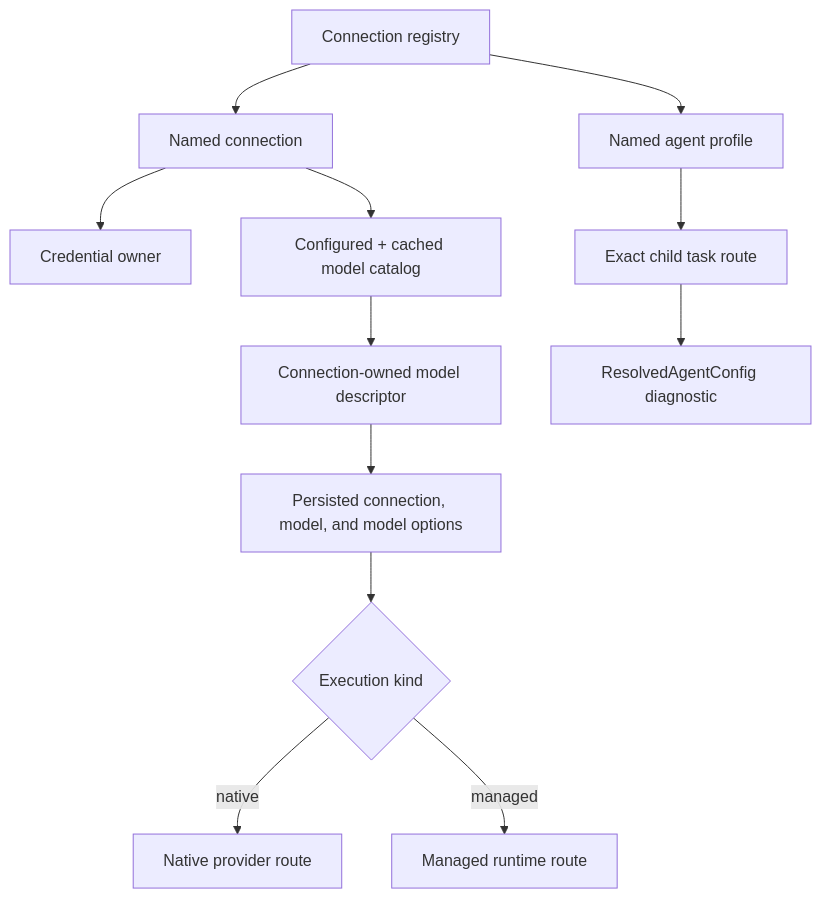
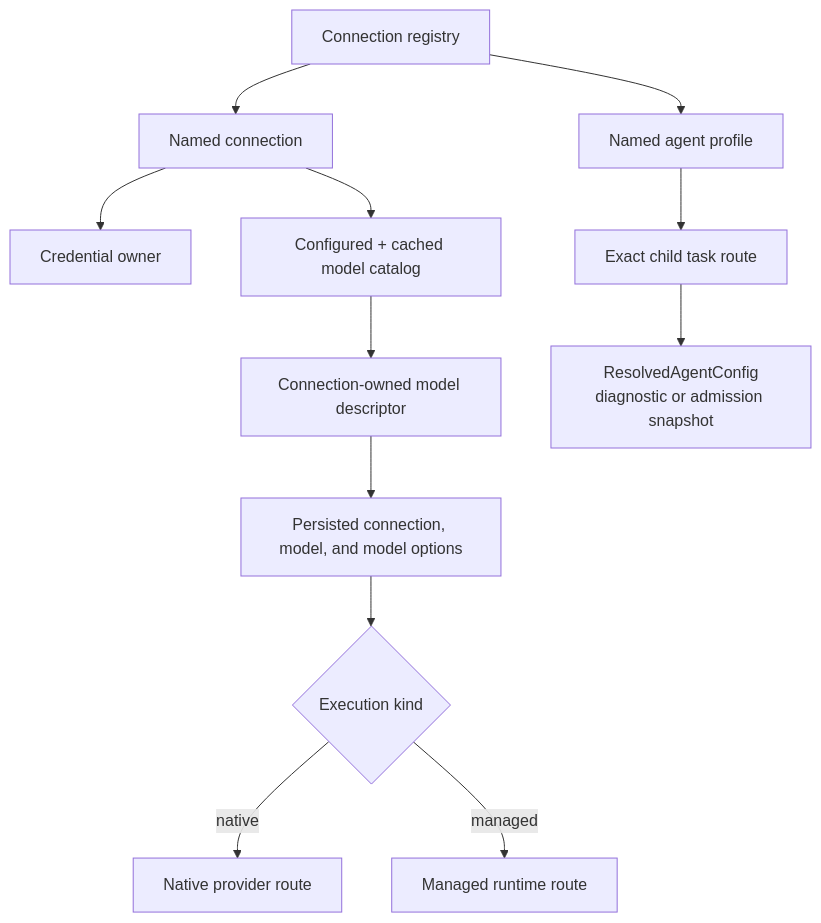
One commit to labcoder/xana changed the second of 4 diagrams in docs/architecture/models-and-managed-runtimes.md. Above: the diagram before and after it, drawn with Mermaid. The commit also changed other lines of this file and 37 other files, not shown here.

````diff
--- a/docs/architecture/models-and-managed-runtimes.md
+++ b/docs/architecture/models-and-managed-runtimes.md
@@ -49,14 +53,14 @@
 ```mermaid
 flowchart TD
     REGISTRY["Connection registry"] --> CONNECTION["Named connection"]
     CONNECTION --> OWNER["Credential owner"]
     CONNECTION --> CATALOG["Configured + cached model catalog"]
     CATALOG --> MODEL["Connection-owned model descriptor"]
     MODEL --> SELECTION["Persisted connection, model, and model options"]
     SELECTION --> RESOLVE{"Execution kind"}
     RESOLVE -->|"native"| NATIVE_ROUTE["Native provider route"]
     RESOLVE -->|"managed"| MANAGED_ROUTE["Managed runtime route"]
     REGISTRY --> PROFILE["Named agent profile"]
     PROFILE --> TASK_ROUTE["Exact child task route"]
-    TASK_ROUTE --> SNAPSHOT["ResolvedAgentConfig diagnostic"]
+    TASK_ROUTE --> SNAPSHOT["ResolvedAgentConfig<br/>diagnostic or admission snapshot"]
 ```
````
